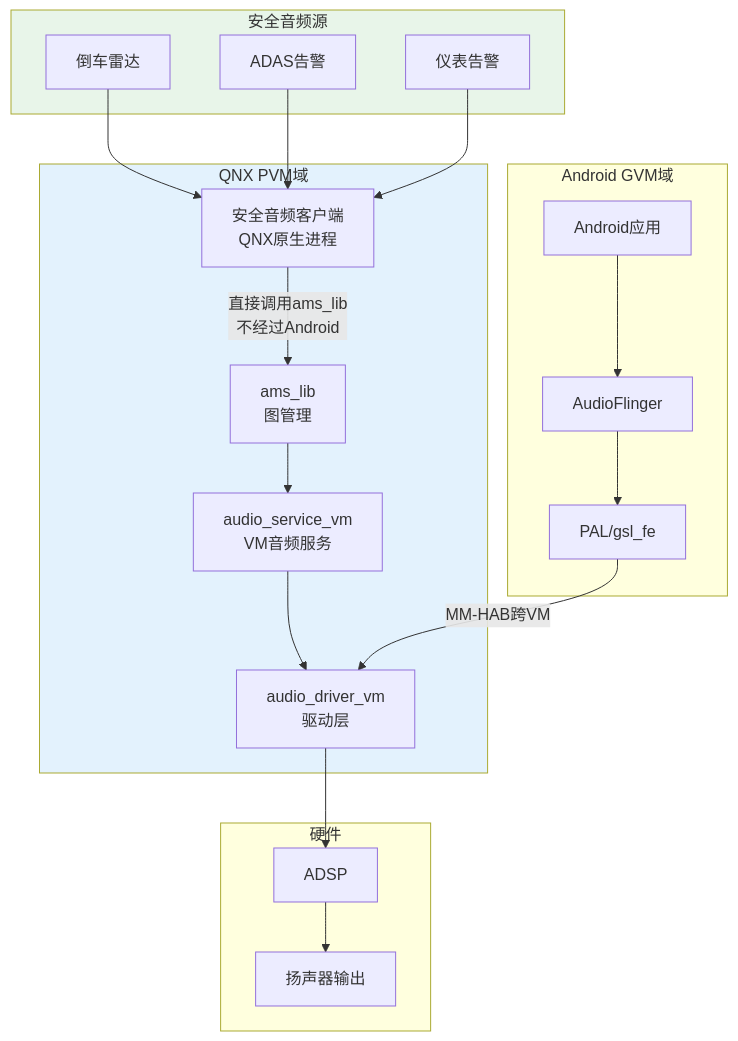
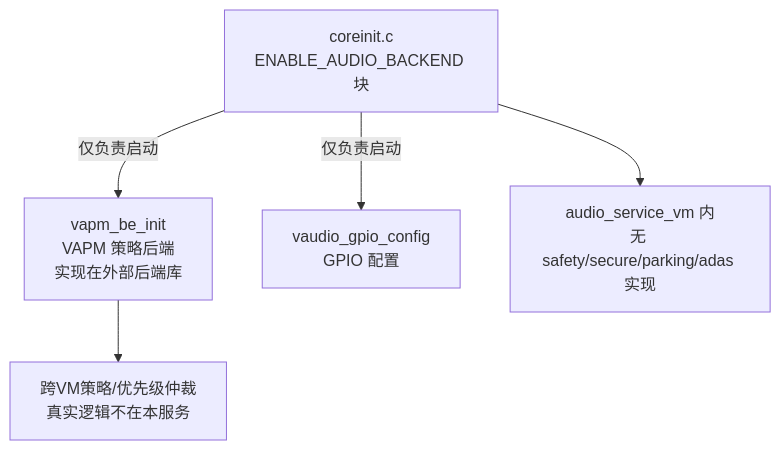
The ninth of 11 diagrams in 16_Vendor_QNX_Architecture/16_16.17_QNX_audio_service_vm_VM音频服务.md (yanglinzhen1022/SA8295_AAOS_QNX_Audio_KnowledgeBase), drawn with Mermaid before and after one commit. The commit also changed other lines of this file and 48 other files, not shown here.

````diff
--- a/16_Vendor_QNX_Architecture/16_16.17_QNX_audio_service_vm_VM音频服务.md
+++ b/16_Vendor_QNX_Architecture/16_16.17_QNX_audio_service_vm_VM音频服务.md
@@ -1148,43 +729,8 @@
 ```mermaid
 graph TB
-    subgraph Safety_Audio[安全音频源]
-        Parking[倒车雷达]
-        ADAS[ADAS告警]
-        Cluster[仪表告警]
-    end
-
-    subgraph QNX_Domain[QNX PVM域]
-        Safety_Client[安全音频客户端<br/>QNX原生进程]
-        audio_service_vm2[audio_service_vm<br/>VM音频服务]
-        ams_lib2[ams_lib<br/>图管理]
-        driver_vm2[audio_driver_vm<br/>驱动层]
-    end
-
-    subgraph Android_Domain[Android GVM域]
-        Android_App[Android应用]
-        AudioFlinger[AudioFlinger]
-        PAL[PAL/gsl_fe]
-    end
-
-    subgraph DSP_Hardware[硬件]
-        ADSP2[ADSP]
-        Speaker[扬声器输出]
-    end
-
-    Parking --> Safety_Client
-    ADAS --> Safety_Client
-    Cluster --> Safety_Client
-    Safety_Client -->|直接调用ams_lib<br/>不经过Android| ams_lib2
-    ams_lib2 --> audio_service_vm2
-    audio_service_vm2 --> driver_vm2
-    driver_vm2 --> ADSP2
-
-    Android_App --> AudioFlinger
-    AudioFlinger --> PAL
-    PAL -->|MM-HAB跨VM| driver_vm2
-
-    ADSP2 --> Speaker
-
-    style Safety_Audio fill:#e8f5e9
-    style QNX_Domain fill:#e3f2fd
+    Core[coreinit.c<br/>ENABLE_AUDIO_BACKEND 块]
+    Core -->|仅负责启动| VAPM[vapm_be_init<br/>VAPM 策略后端<br/>实现在外部后端库]
+    Core -->|仅负责启动| GPIO[vaudio_gpio_config<br/>GPIO 配置]
+    VAPM --> Policy[跨VM策略/优先级仲裁<br/>真实逻辑不在本服务]
+    Core --> NoSafety[audio_service_vm 内<br/>无 safety/secure/parking/adas 实现]
 ```
````
